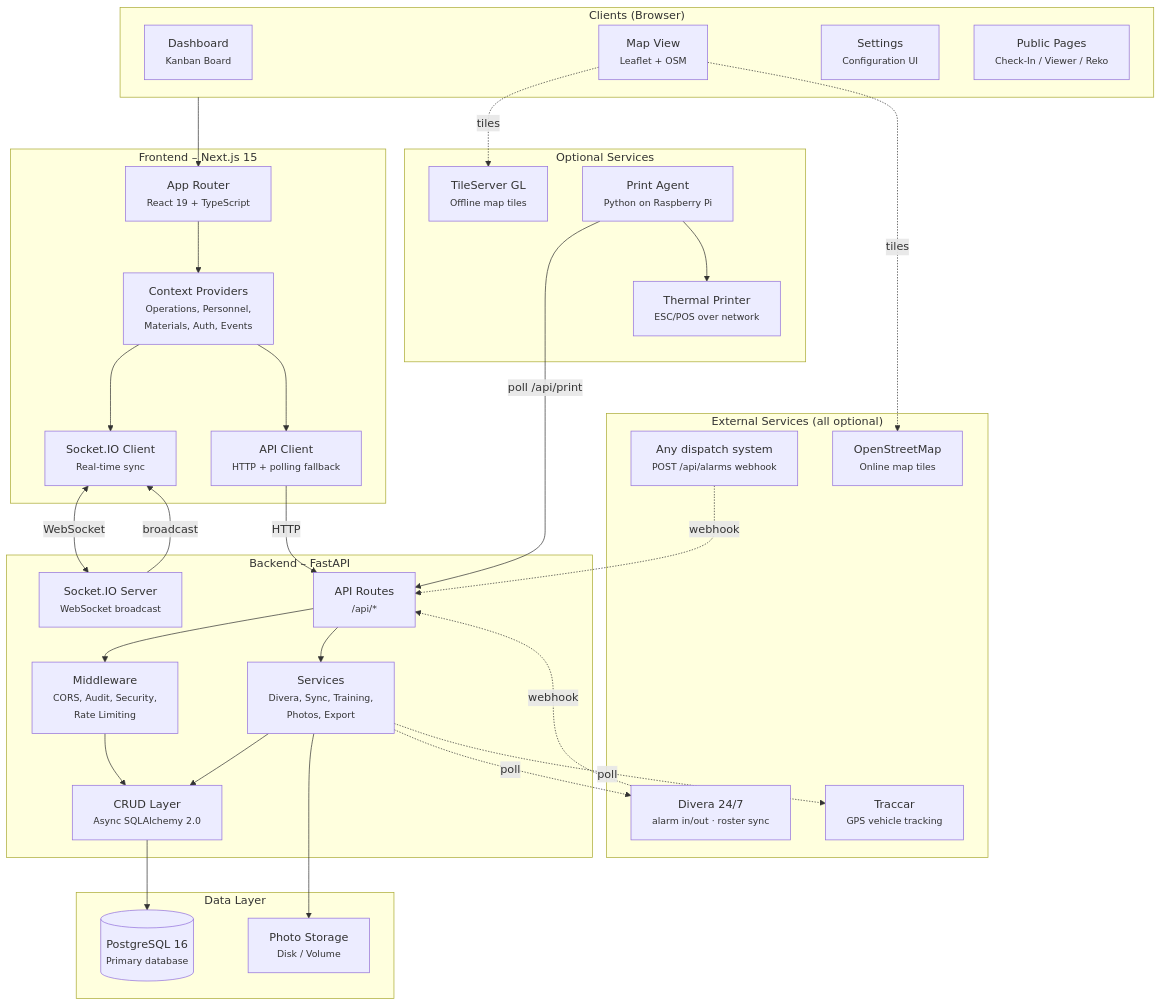
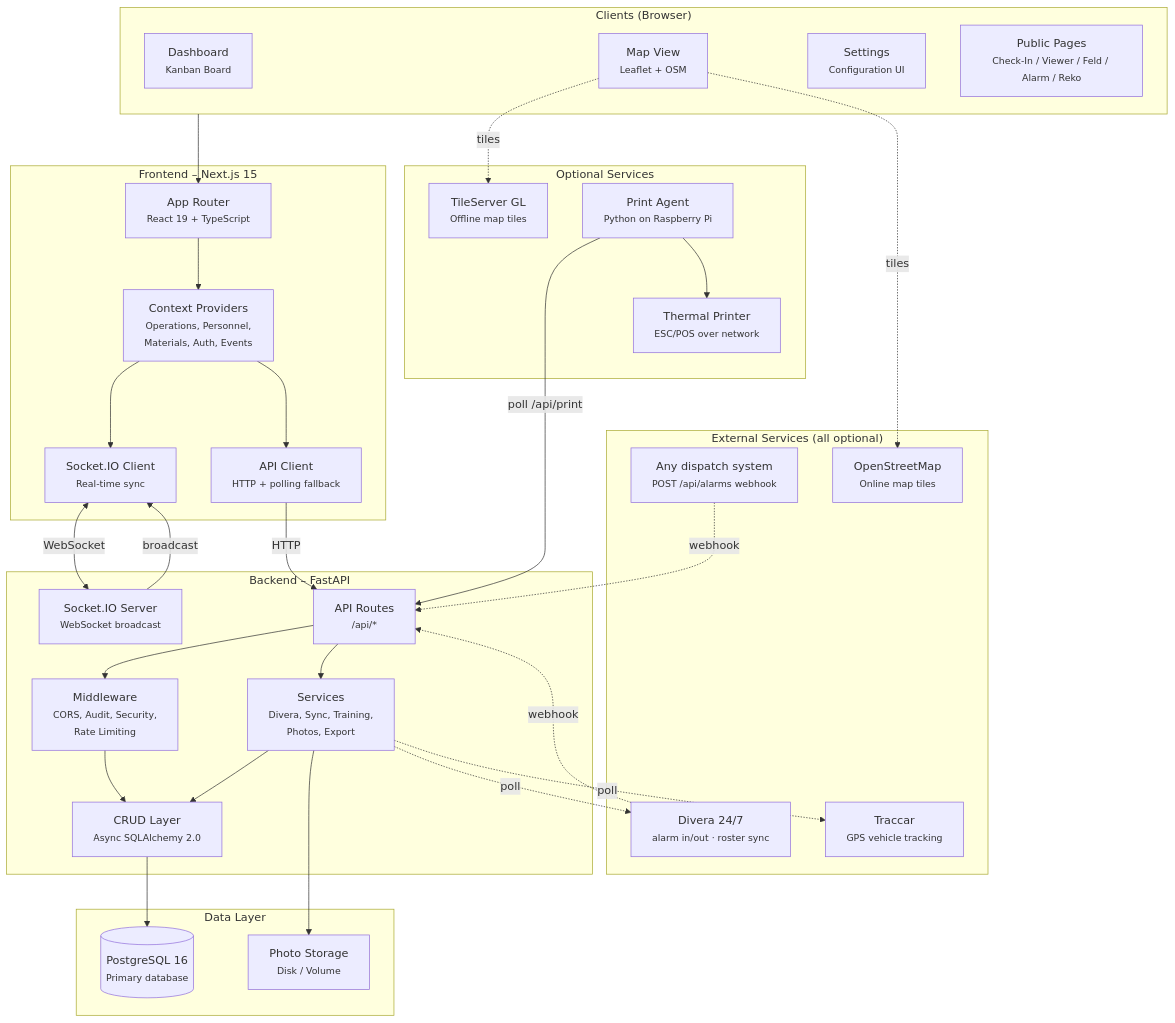
Before and after one commit to feuerwehr-oberwil/kp-rueck: the first of 10 diagrams in docs/ARCHITECTURE.md, drawn with Mermaid. The commit also changed other lines of this file and 3 other files, not shown here.

First line of the commit message:
docs: the CHANGELOG and architecture docs catch up with the redesign wave

````diff
--- a/docs/ARCHITECTURE.md
+++ b/docs/ARCHITECTURE.md
@@ -9,68 +9,68 @@
 ```mermaid
 graph TB
     subgraph clients["Clients (Browser)"]
         dashboard["Dashboard<br/><small>Kanban Board</small>"]
         mapview["Map View<br/><small>Leaflet + OSM</small>"]
         settings["Settings<br/><small>Configuration UI</small>"]
-        public["Public Pages<br/><small>Check-In / Viewer / Reko</small>"]
+        public["Public Pages<br/><small>Check-In / Viewer / Feld / Alarm / Reko</small>"]
     end
 
     subgraph frontend["Frontend – Next.js 15"]
         app["App Router<br/><small>React 19 + TypeScript</small>"]
         contexts["Context Providers<br/><small>Operations, Personnel,<br/>Materials, Auth, Events</small>"]
         ws_client["Socket.IO Client<br/><small>Real-time sync</small>"]
         api_client["API Client<br/><small>HTTP + polling fallback</small>"]
     end
 
     subgraph backend["Backend – FastAPI"]
         routes["API Routes<br/><small>/api/*</small>"]
         ws_server["Socket.IO Server<br/><small>WebSocket broadcast</small>"]
         services["Services<br/><small>Divera, Sync, Training,<br/>Photos, Export</small>"]
         crud["CRUD Layer<br/><small>Async SQLAlchemy 2.0</small>"]
         middleware["Middleware<br/><small>CORS, Audit, Security,<br/>Rate Limiting</small>"]
     end
 
     subgraph data["Data Layer"]
         postgres[("PostgreSQL 16<br/><small>Primary database</small>")]
         photos["Photo Storage<br/><small>Disk / Volume</small>"]
     end
 
     subgraph optional["Optional Services"]
         tileserver["TileServer GL<br/><small>Offline map tiles</small>"]
         print_agent["Print Agent<br/><small>Python on Raspberry Pi</small>"]
         printer["Thermal Printer<br/><small>ESC/POS over network</small>"]
     end
 
     subgraph external["External Services (all optional)"]
         anyhook["Any dispatch system<br/><small>POST /api/alarms webhook</small>"]
         divera["Divera 24/7<br/><small>alarm in/out · roster sync</small>"]
         traccar["Traccar<br/><small>GPS vehicle tracking</small>"]
         osm["OpenStreetMap<br/><small>Online map tiles</small>"]
     end
 
     clients --> app
     app --> contexts
     contexts --> ws_client
     contexts --> api_client
     ws_client <-->|WebSocket| ws_server
     api_client -->|HTTP| routes
     mapview -.->|tiles| tileserver
     mapview -.->|tiles| osm
 
     routes --> middleware
     middleware --> crud
     routes --> services
     services --> crud
     crud --> postgres
     services --> photos
 
     ws_server -->|broadcast| ws_client
 
     anyhook -.->|webhook| routes
     divera -.->|webhook| routes
     services -.->|poll| divera
     services -.->|poll| traccar
 
     print_agent -->|poll /api/print| routes
     print_agent --> printer
 ```
````
